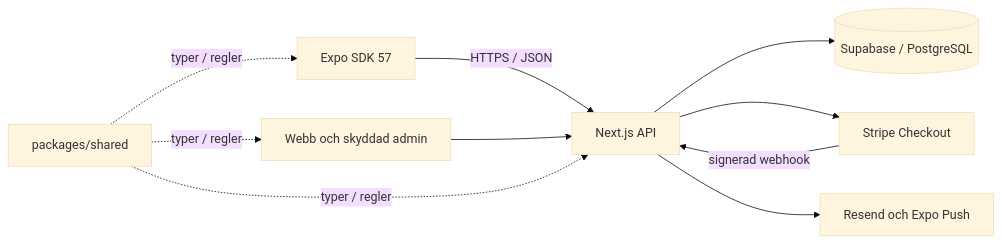
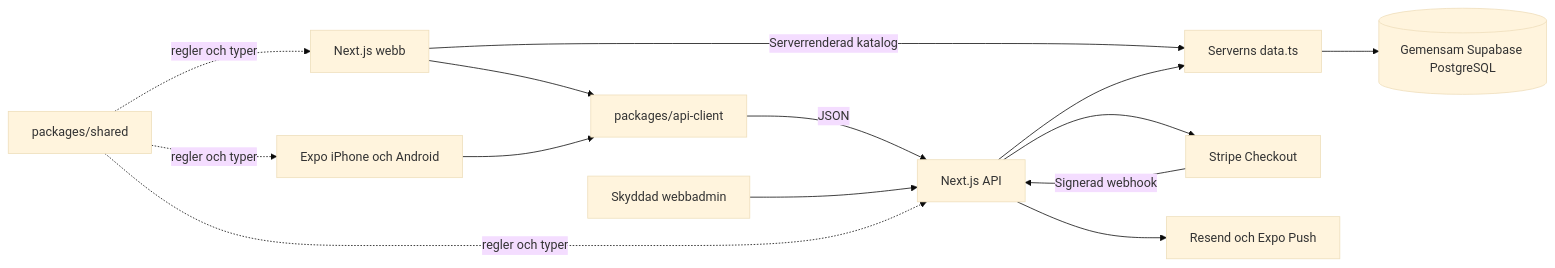
The diagram in docs/ARKITEKTUR.md (sharbel0022/YEHABIBI), drawn with Mermaid (base theme) before and after one commit. The commit also changed other lines of this file and 10 other files, not shown here.

````diff
--- a/docs/ARKITEKTUR.md
+++ b/docs/ARKITEKTUR.md
@@ -5,12 +5,16 @@
 ```mermaid
 flowchart LR
-  Mobil[Expo SDK 57] -->|HTTPS / JSON| API[Next.js API]
-  Webb[Webb och skyddad admin] --> API
-  API --> DB[(Supabase / PostgreSQL)]
-  API --> Checkout[Stripe Checkout]
-  Checkout -->|signerad webhook| API
-  API --> Notiser[Resend och Expo Push]
-  Shared[packages/shared] -. typer / regler .-> Mobil
-  Shared -. typer / regler .-> Webb
-  Shared -. typer / regler .-> API
+  Webb[Next.js webb] --> Klient[packages/api-client]
+  Mobil[Expo iPhone och Android] --> Klient
+  Klient -->|JSON| API[Next.js API]
+  Admin[Skyddad webbadmin] --> API
+  Webb -->|Serverrenderad katalog| Data[Serverns data.ts]
+  API --> Data
+  Data --> DB[(Gemensam Supabase PostgreSQL)]
+  API --> Stripe[Stripe Checkout]
+  Stripe -->|Signerad webhook| API
+  API --> Besked[Resend och Expo Push]
+  Shared[packages/shared] -. regler och typer .-> Webb
+  Shared -. regler och typer .-> Mobil
+  Shared -. regler och typer .-> API
 ```
````
